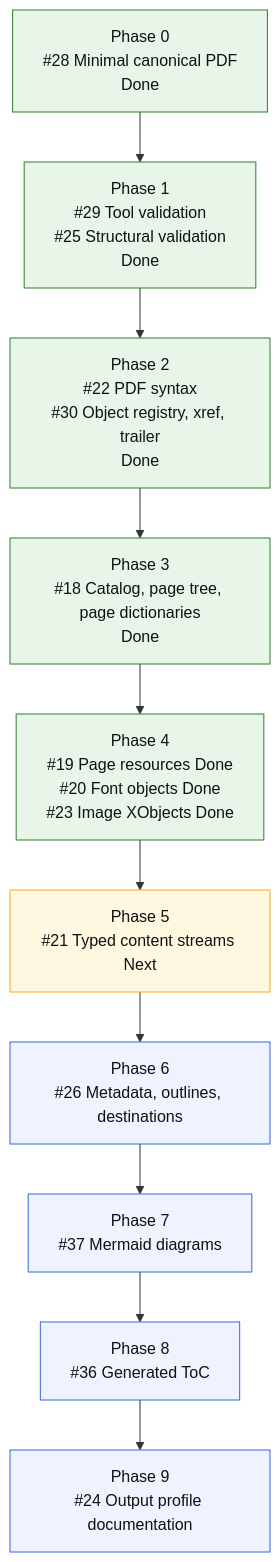
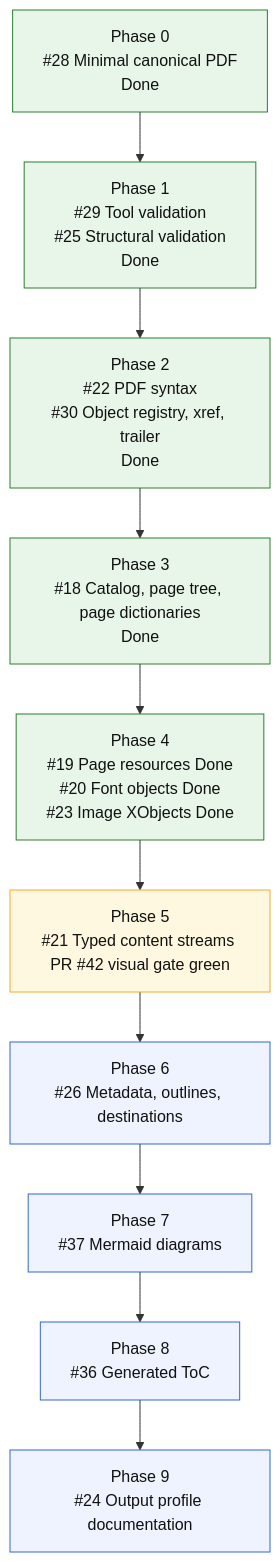
The diagram in README.md (mihaelamj/MarkdownPDF), drawn with Mermaid before and after one commit. The commit also changed other lines of this file and 11 other files, not shown here.

First line of the commit message:
refactor(pdf): model typed content streams

````diff
--- a/README.md
+++ b/README.md
@@ -126,22 +126,22 @@
 ```mermaid
 flowchart TD
     P0["Phase 0<br/>#28 Minimal canonical PDF<br/>Done"]
     P1["Phase 1<br/>#29 Tool validation<br/>#25 Structural validation<br/>Done"]
     P2["Phase 2<br/>#22 PDF syntax<br/>#30 Object registry, xref, trailer<br/>Done"]
     P3["Phase 3<br/>#18 Catalog, page tree, page dictionaries<br/>Done"]
     P4["Phase 4<br/>#19 Page resources Done<br/>#20 Font objects Done<br/>#23 Image XObjects Done"]
-    P5["Phase 5<br/>#21 Typed content streams Next"]
+    P5["Phase 5<br/>#21 Typed content streams PR #42 visual gate green"]
     P6["Phase 6<br/>#26 Metadata, outlines, destinations"]
     P7["Phase 7<br/>#37 Mermaid diagrams"]
     P8["Phase 8<br/>#36 Generated ToC"]
     P9["Phase 9<br/>#24 Output profile documentation"]
 
     P0 --> P1 --> P2 --> P3 --> P4 --> P5 --> P6 --> P7 --> P8 --> P9
 
     classDef done fill:#e8f5e9,stroke:#2e7d32,color:#111;
     classDef next fill:#fff8e1,stroke:#f9a825,color:#111;
     classDef todo fill:#eef3ff,stroke:#3367d6,color:#111;
     class P0,P1,P2,P3,P4 done;
     class P5 next;
     class P6,P7,P8,P9 todo;
 ```
````
